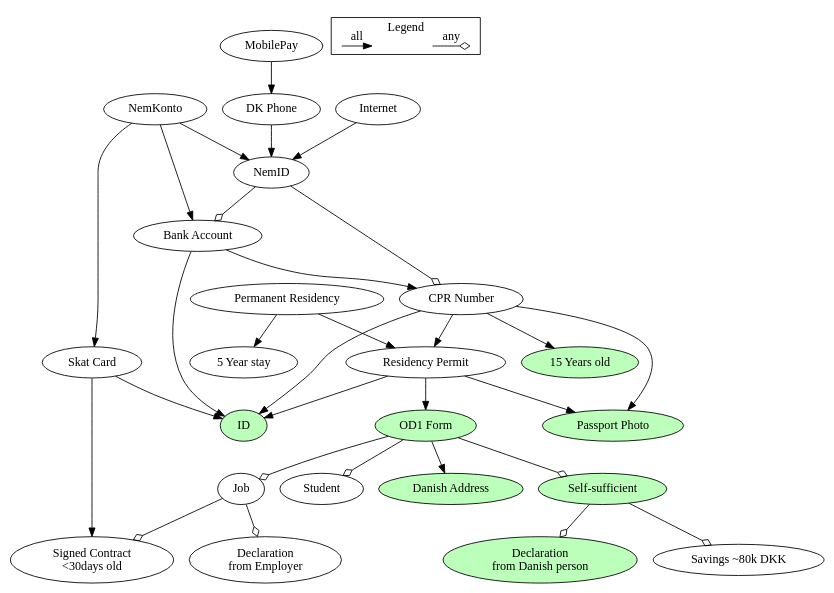
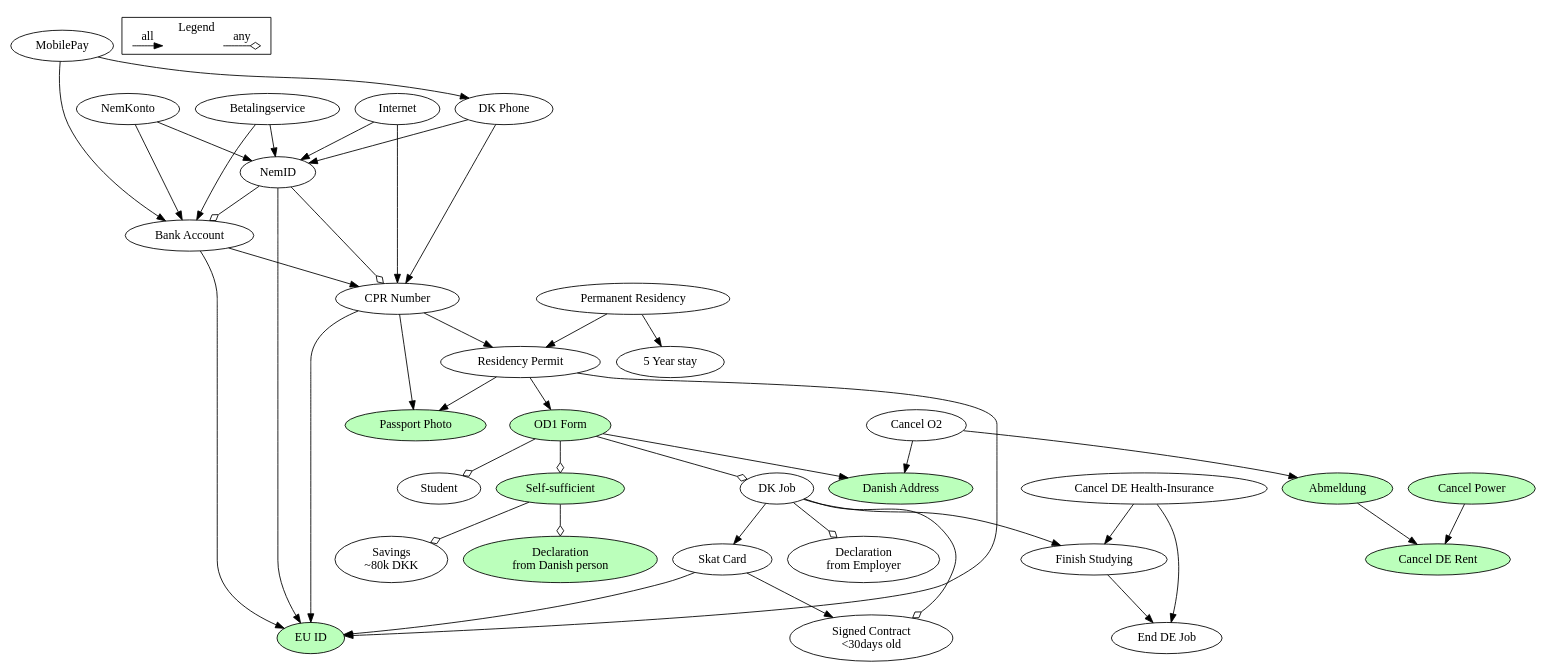
The diagram in assets/misc/dk-deps.dot (mtib/mtib.github.io), drawn with Graphviz before and after one commit. The commit also changed 5 other files, not shown here.

```diff
--- a/assets/misc/dk-deps.dot
+++ b/assets/misc/dk-deps.dot
@@ -1,39 +1,52 @@
 digraph dk_deps {
     graph [bgcolor = "white"]
     node [style="filled"; fillcolor="white"]
 
-    "MobilePay" -> "DK Phone";
-    "Internet" -> "NemID";
-    "DK Phone" -> "NemID";
-    "NemKonto" -> {"NemID"; "Bank Account"; "Skat Card";};
-    "Skat Card" -> {"ID"; "Signed Contract\n<30days old"};
-    "NemID" -> {"CPR Number"; "Bank Account"} [arrowhead=ediamond];
-    "Bank Account" -> {"CPR Number"; "ID"};
-    "CPR Number" -> {"Residency Permit"; "ID"; "15 Years old";  "Passport Photo"};
+    "Betalingservice" -> {"NemID", "Bank Account"}
+    "MobilePay" -> {"DK Phone"; "Bank Account";};
+    "Internet" -> {"NemID"; "CPR Number"};
+    "DK Phone" -> {"NemID"; "CPR Number"};
+    "NemKonto" -> {"NemID"; "Bank Account";};
+    "Skat Card" -> {"EU ID"; "Signed Contract\n<30days old"};
+    "NemID" -> {"CPR Number"; "Bank Account";} [arrowhead=ediamond];
+    "NemID" -> "EU ID";
+    "Bank Account" -> {"CPR Number"; "EU ID"};
+    "CPR Number" -> {"Residency Permit"; "EU ID"; "Passport Photo"};
     "Permanent Residency" -> {"Residency Permit"; "5 Year stay"};
-    "Residency Permit" -> {"OD1 Form"; "ID"; "Passport Photo"};
-    "OD1 Form" -> {"Job"; "Student"; "Self-sufficient"} [arrowhead=ediamond];
+    "Residency Permit" -> {"OD1 Form"; "EU ID"; "Passport Photo"};
+    "OD1 Form" -> {"DK Job"; "Student"; "Self-sufficient"} [arrowhead=ediamond];
     "OD1 Form" -> "Danish Address";
-    "Self-sufficient" -> {"decl-dk"; "Savings ~80k DKK"} [arrowhead=ediamond];
-    "Job" -> {"Signed Contract\n<30days old"; "Declaration\nfrom Employer"} [arrowhead=ediamond];
+    "Self-sufficient" -> {"decl-dk"; "Savings\n~80k DKK"} [arrowhead=ediamond];
+    "DK Job" -> {"Signed Contract\n<30days old"; "Declaration\nfrom Employer"} [arrowhead=ediamond];
+    "DK Job" -> {"Finish Studying"; "Skat Card"};
 
-    "15 Years old", "ID", "Passport Photo", "OD1 Form", "Danish Address", "Self-sufficient" [fillcolor="#bbffbb", style="filled"];
+    "EU ID", "Passport Photo", "OD1 Form", "Danish Address", "Self-sufficient" [fillcolor="#bbffbb", style="filled"];
     "decl-dk" [label="Declaration\nfrom Danish person", fillcolor="#bbffbb", style="filled"];
 
-subgraph cluster_01 {
-    label = "Legend";
-    node [shape=point]
-    {
-        rank=same
-        d0 [style = invis];
-        d1 [style = invis];
-        p0 [style = invis];
-        p1 [style = invis];
-        s0 [style = invis];
-        s1 [style = invis];
+    subgraph cluster_01 {
+        label = "Legend";
+
+        node [shape=point]
+        {
+            rank=same
+            d0 [style = invis];
+            d1 [style = invis];
+            p0 [style = invis];
+            p1 [style = invis];
+            s0 [style = invis];
+            s1 [style = invis];
+        }
+        d0 -> d1 [label=any arrowhead=ediamond]
+        s0 -> s1 [label=all]
     }
-    d0 -> d1 [label=any arrowhead=ediamond]
-    s0 -> s1 [label=all]
+
+    "Cancel O2" -> {"Abmeldung"; "Danish Address";};
+    {"Cancel Power"; "Abmeldung"} -> "Cancel DE Rent";
+    "Cancel DE Rent";
+
+    "Abmeldung" [fillcolor="#bbffbb", style="filled"];
+    "Cancel Power" [fillcolor="#bbffbb", style="filled"];
+    "Cancel DE Rent" [fillcolor="#bbffbb", style="filled"];
+    "Cancel DE Health-Insurance" -> {"End DE Job"; "Finish Studying"};
+    "Finish Studying" -> "End DE Job";
 }
-
-}
```
